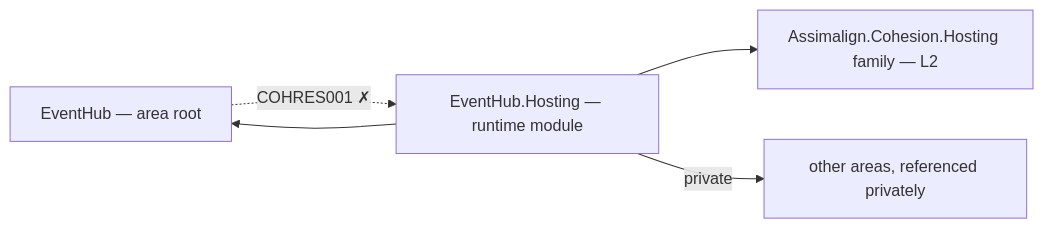
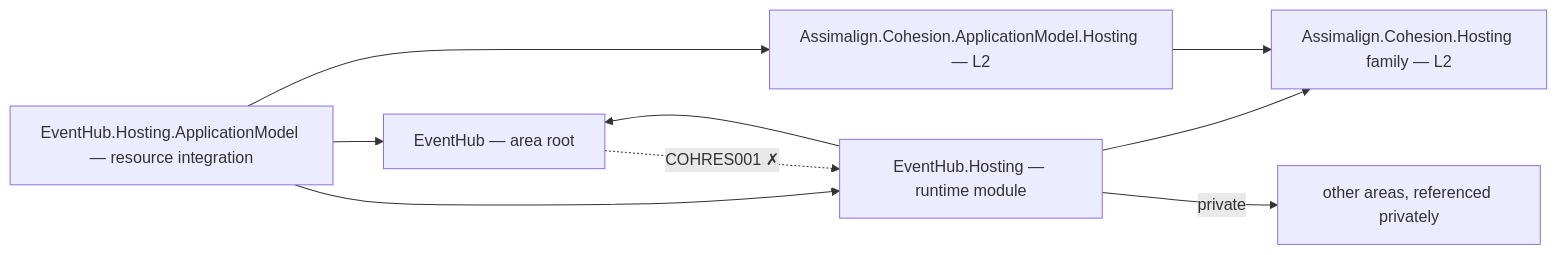
The diagram in resources/EventHub/README.md (assimalign/cohesion), drawn with Mermaid before and after one commit. The commit also changed other lines of this file and 454 other files, not shown here.

First line of the commit message:
feat(resources): give every resource area a Hosting.ApplicationModel integration

````diff
--- a/resources/EventHub/README.md
+++ b/resources/EventHub/README.md
@@ -12,11 +12,17 @@
 ```mermaid
 flowchart LR
     P0["EventHub — area root"]
     P2["EventHub.Hosting — runtime module"]
+    PAM["EventHub.Hosting.ApplicationModel — resource integration"]
+    AMH["Assimalign.Cohesion.ApplicationModel.Hosting — L2"]
     HOSTFAM["Assimalign.Cohesion.Hosting family — L2"]
     PRIV["other areas, referenced privately"]
     P2 --> P0
     P2 --> HOSTFAM
     P2 -->|"private"| PRIV
+    PAM --> P2
+    PAM --> P0
+    PAM --> AMH
+    AMH --> HOSTFAM
     P0 -.->|"COHRES001 ✗"| P2
 ```
````
